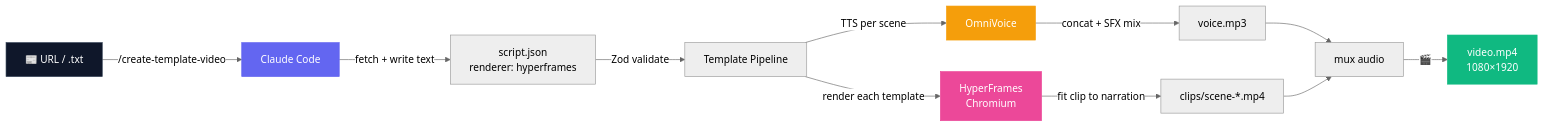
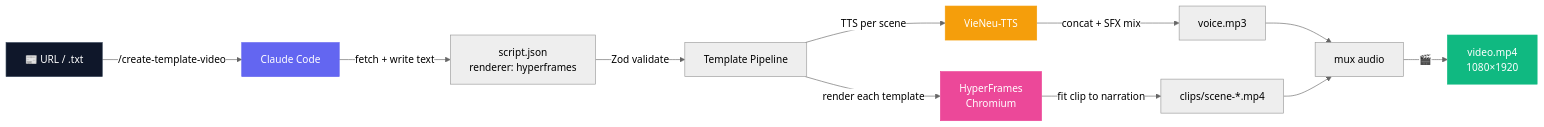
The diagram in README.md (huytranvan2010/AI-auto-generate-video), drawn with Mermaid (neutral theme) before and after one commit. The commit also changed other lines of this file and 7 other files, not shown here.

````diff
--- a/README.md
+++ b/README.md
@@ -151,19 +101,19 @@
 ```mermaid
 flowchart LR
     A["📰 URL / .txt"] -->|/create-template-video| B[Claude Code]
     B -->|fetch + write text| C["script.json<br/>renderer: hyperframes"]
     C -->|Zod validate| D[Template Pipeline]
-    D -->|TTS per scene| E[OmniVoice]
+    D -->|TTS per scene| E[VieNeu-TTS]
     E -->|concat + SFX mix| F[voice.mp3]
     D -->|render each template| G["HyperFrames<br/>Chromium"]
     G -->|fit clip to narration| H["clips/scene-*.mp4"]
     F --> I[mux audio]
     H --> I
     I -->|🎬| J["video.mp4<br/>1080×1920"]
 
     style A fill:#0f172a,color:#fff,stroke:#334155
     style B fill:#6366f1,color:#fff,stroke:#6366f1
     style E fill:#f59e0b,color:#fff,stroke:#f59e0b
     style G fill:#ec4899,color:#fff,stroke:#ec4899
     style J fill:#10b981,color:#fff,stroke:#10b981
 ```
````
